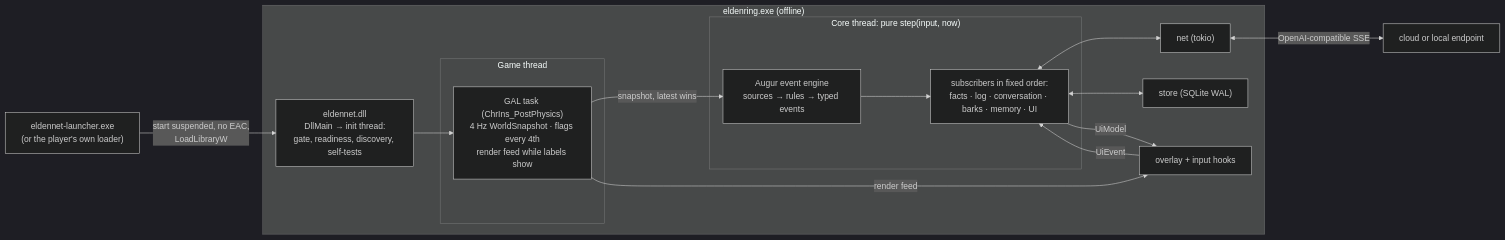
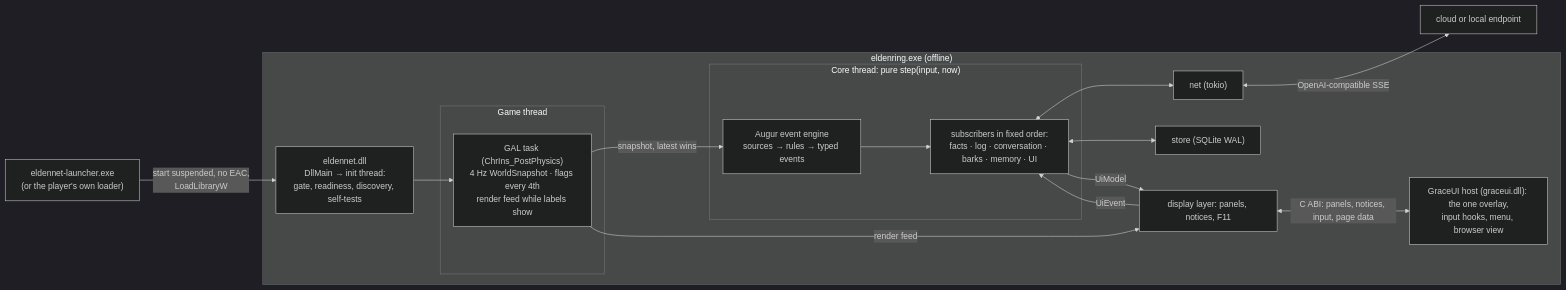
The first of 5 diagrams in docs/design/DESIGN.md (Pt0l3my/EldenNet), drawn with Mermaid (dark theme) before and after one commit. The commit also changed other lines of this file and 8 other files, not shown here.

First line of the commit message:
Fold GraceUI's host (G15–G17) and the map into EldenNet's design

````diff
--- a/docs/design/DESIGN.md
+++ b/docs/design/DESIGN.md
@@ -14,24 +14,26 @@
 ```mermaid
 flowchart LR
   LCH["eldennet-launcher.exe<br/>(or the player's own loader)"] -->|"start suspended, no EAC,<br/>LoadLibraryW"| INIT
   subgraph GP["eldenring.exe (offline)"]
     INIT["eldennet.dll<br/>DllMain → init thread:<br/>gate, readiness, discovery, self-tests"]
     subgraph GT["Game thread"]
       TASK["GAL task (ChrIns_PostPhysics)<br/>4 Hz WorldSnapshot · flags every 4th<br/>render feed while labels show"]
     end
     subgraph CORE["Core thread: pure step(input, now)"]
       AUG["Augur event engine<br/>sources → rules → typed events"]
       SUBS["subscribers in fixed order:<br/>facts · log · conversation · barks · memory · UI"]
     end
     NET["net (tokio)"]
     STO["store (SQLite WAL)"]
-    OVL["overlay + input hooks"]
+    OVL["display layer: panels, notices, F11"]
+    GUI["GraceUI host (graceui.dll): the one overlay,<br/>input hooks, menu, browser view"]
   end
   INIT --> TASK
   TASK -->|"snapshot, latest wins"| AUG --> SUBS
   SUBS <--> NET <-->|"OpenAI-compatible SSE"| LLM["cloud or local endpoint"]
   SUBS <--> STO
   SUBS -->|"UiModel"| OVL
   OVL -->|"UiEvent"| SUBS
   TASK -->|"render feed"| OVL
+  OVL <-->|"C ABI: panels, notices, input, page data"| GUI
 ```
````
